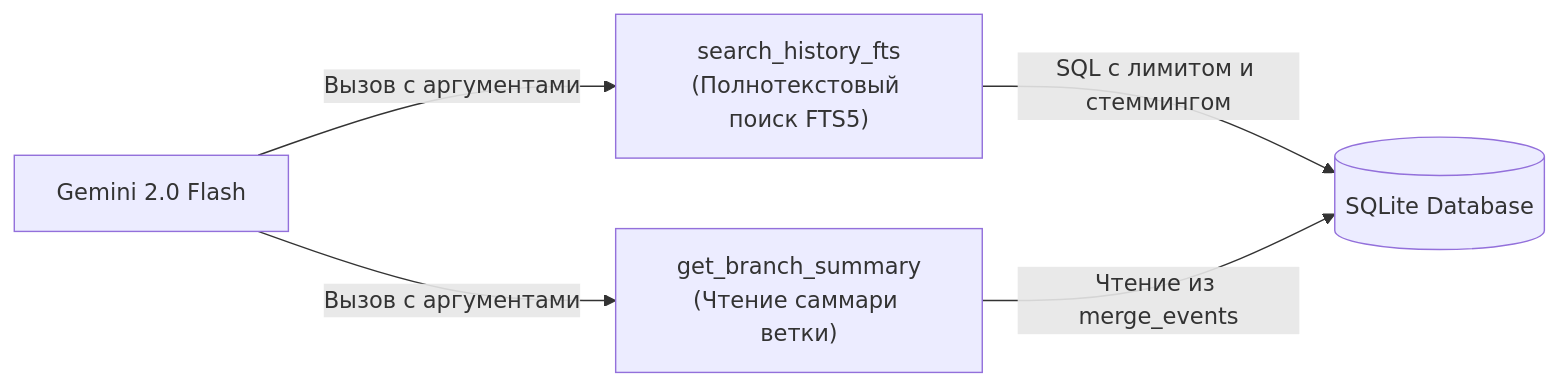
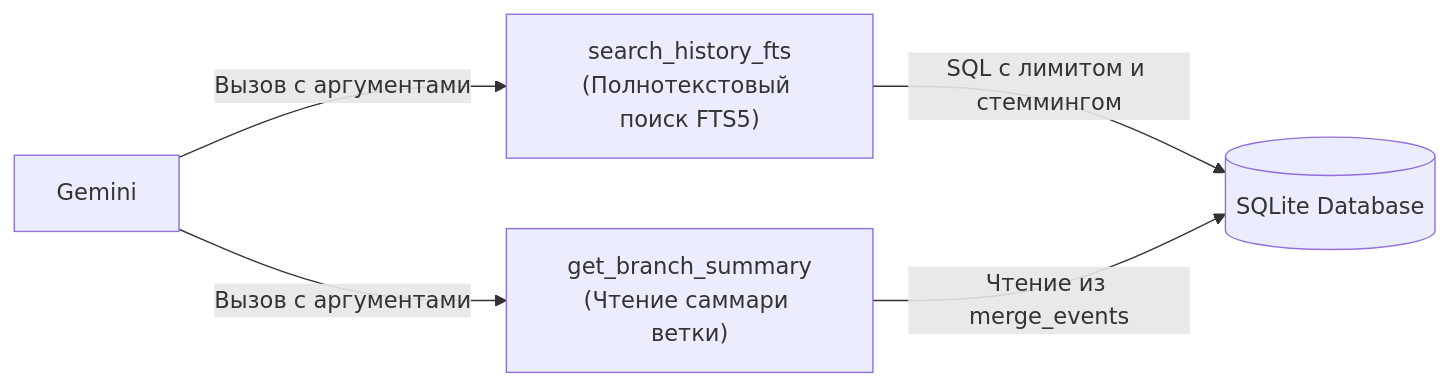
The fourth of 6 diagrams in docs/SPEC.md (Curr3ncyV01D/exocortex), drawn with Mermaid before and after one commit. The commit also changed other lines of this file and 2 other files, not shown here.

````diff
--- a/docs/SPEC.md
+++ b/docs/SPEC.md
@@ -527,12 +485,12 @@
 ```mermaid
 flowchart LR
-    LLM["Gemini 2.0 Flash"]
+    LLM["Gemini"]
     T1["search_history_fts\n(Полнотекстовый поиск FTS5)"]
     T2["get_branch_summary\n(Чтение саммари ветки)"]
     DB[("SQLite Database")]
 
     LLM -->|Вызов с аргументами| T1
     LLM -->|Вызов с аргументами| T2
     T1 -->|SQL с лимитом и стеммингом| DB
     T2 -->|Чтение из merge_events| DB
 ```
````
